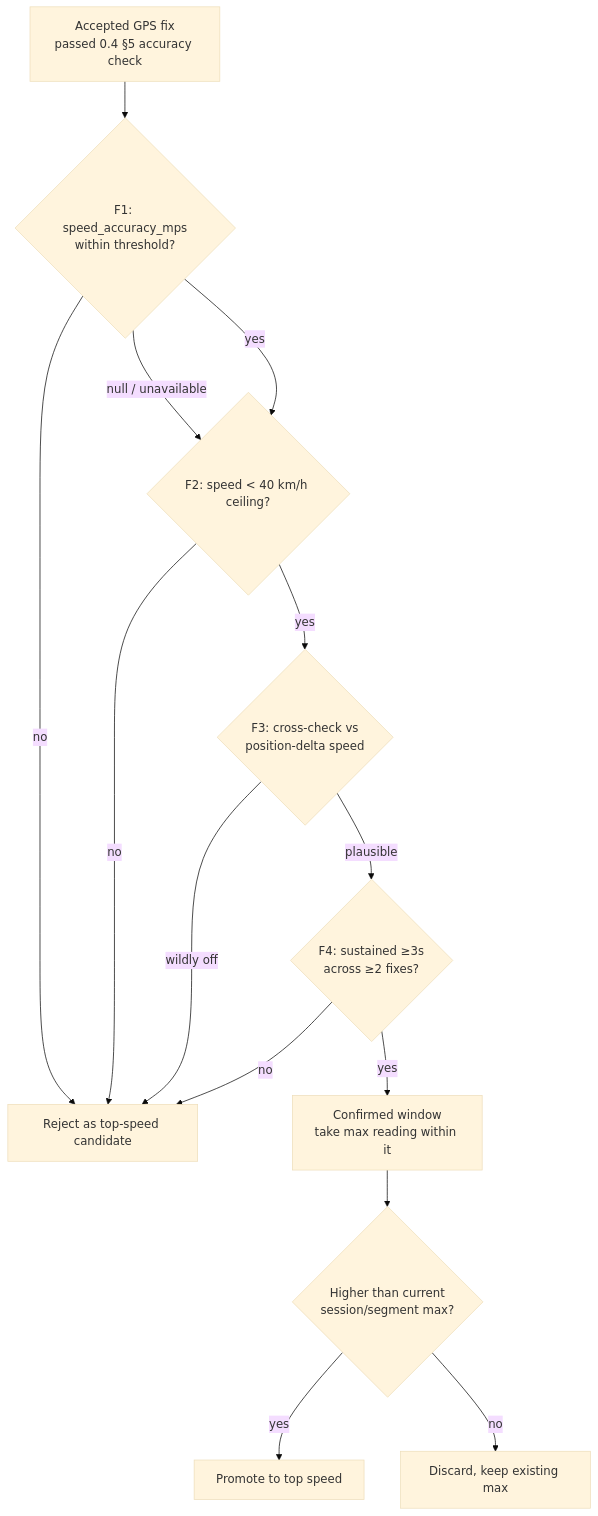
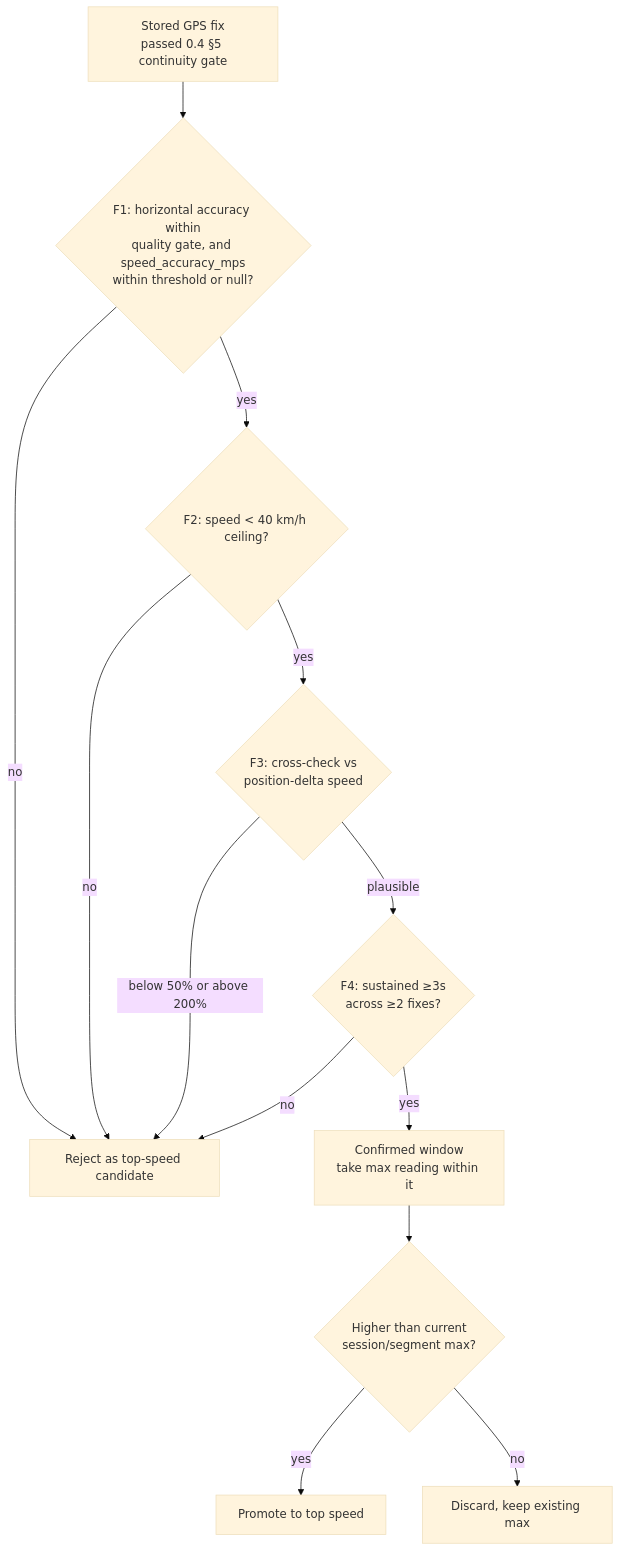
One commit to Orololuwa/eleven-mobile-app changed the diagram in docs/sys-des/M-0/0.4_2_eleven-speed-filtering-system-design-spec.md. Above: the diagram before and after it, drawn with Mermaid (base theme). The commit also changed other lines of this file and 27 other files, not shown here.

First line of the commit message:
Enhance GPS Tracking Accuracy and Metrics Computation

````diff
--- a/docs/sys-des/M-0/0.4_2_eleven-speed-filtering-system-design-spec.md
+++ b/docs/sys-des/M-0/0.4_2_eleven-speed-filtering-system-design-spec.md
@@ -54,16 +56,15 @@
 ```mermaid
 flowchart TD
-    A[Accepted GPS fix<br/>passed 0.4 §5 accuracy check] --> B{F1: speed_accuracy_mps<br/>within threshold?}
-    B -->|null / unavailable| C
+    A[Stored GPS fix<br/>passed 0.4 §5 continuity gate] --> B{F1: horizontal accuracy within<br/>quality gate, and speed_accuracy_mps<br/>within threshold or null?}
     B -->|no| X[Reject as top-speed candidate]
     B -->|yes| C{F2: speed &lt; 40 km/h ceiling?}
     C -->|no| X
     C -->|yes| D{F3: cross-check vs<br/>position-delta speed}
-    D -->|wildly off| X
+    D -->|"below 50% or above 200%"| X
     D -->|plausible| E{F4: sustained ≥3s<br/>across ≥2 fixes?}
     E -->|no| X
     E -->|yes| F[Confirmed window<br/>take max reading within it]
     F --> G{Higher than current<br/>session/segment max?}
     G -->|yes| H[Promote to top speed]
     G -->|no| I[Discard, keep existing max]
 ```
````
